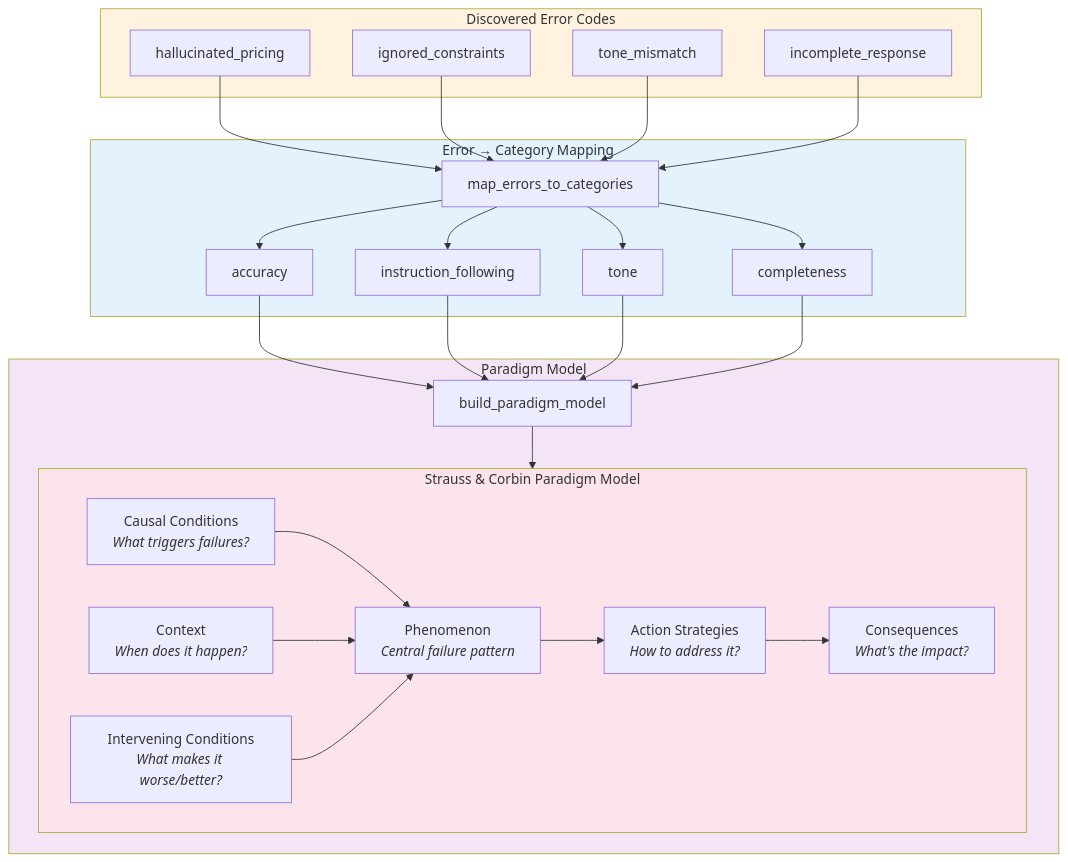
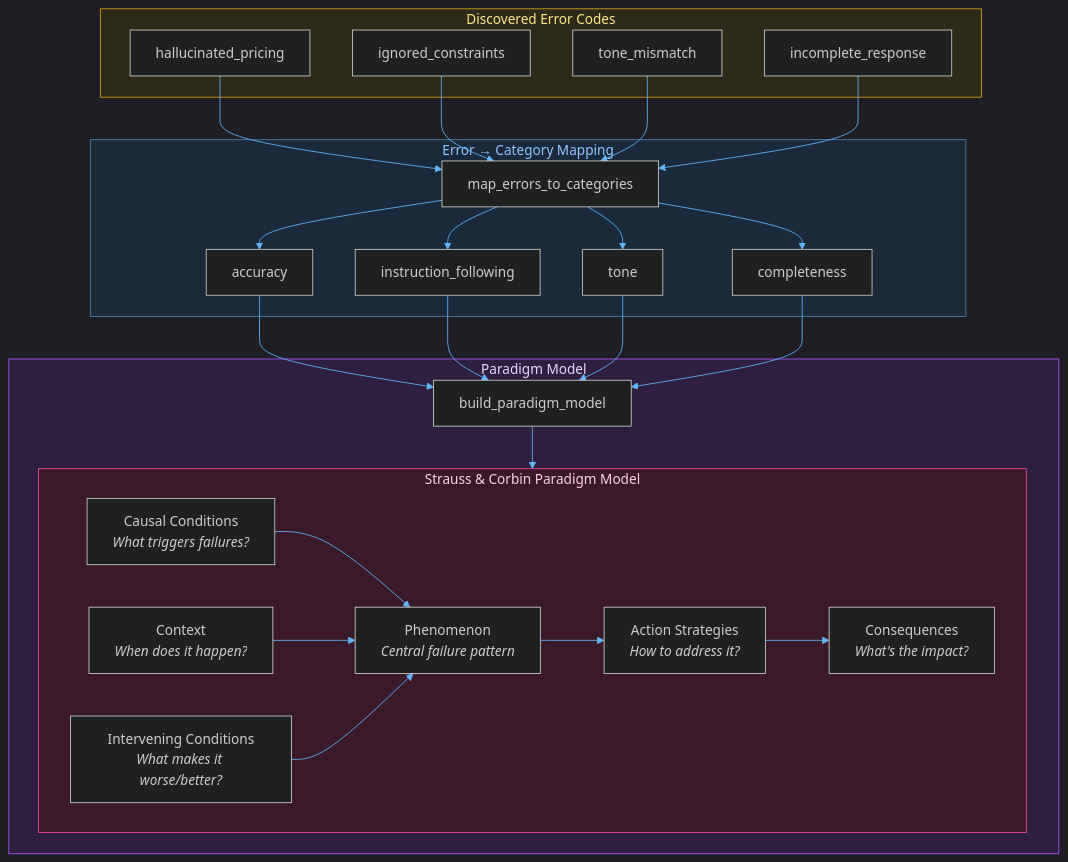
Before and after one commit to aws-samples/sample-GEDD: the fifth of 8 diagrams in README.md, drawn with Mermaid. The commit also changed other lines of this file, not shown here.

First line of the commit message:
docs: fix Mermaid diagrams for dark background rendering

````diff
--- a/README.md
+++ b/README.md
@@ -142,48 +147,49 @@
 ```mermaid
+%%{init: {'theme': 'dark', 'themeVariables': {'primaryColor': '#1e3a5f', 'primaryTextColor': '#e2e8f0', 'primaryBorderColor': '#4a7fa5', 'lineColor': '#64b5f6', 'secondaryColor': '#1a3a2a', 'tertiaryColor': '#2d1f3d'}}}%%
 flowchart TD
     subgraph Input["Discovered Error Codes"]
         E1[hallucinated_pricing]
         E2[ignored_constraints]
         E3[tone_mismatch]
         E4[incomplete_response]
     end
 
     subgraph Mapping["Error → Category Mapping"]
         E1 --> M[map_errors_to_categories]
         E2 --> M
         E3 --> M
         E4 --> M
         M --> D1[accuracy]
         M --> D2[instruction_following]
         M --> D3[tone]
         M --> D4[completeness]
     end
 
     subgraph Paradigm["Paradigm Model"]
         D1 --> PM[build_paradigm_model]
         D2 --> PM
         D3 --> PM
         D4 --> PM
         PM --> MODEL
     end
 
     subgraph MODEL["Strauss & Corbin Paradigm Model"]
         CC[Causal Conditions<br/><i>What triggers failures?</i>]
         PH[Phenomenon<br/><i>Central failure pattern</i>]
         CTX[Context<br/><i>When does it happen?</i>]
         IC[Intervening Conditions<br/><i>What makes it worse/better?</i>]
         AS2[Action Strategies<br/><i>How to address it?</i>]
         CON[Consequences<br/><i>What's the impact?</i>]
 
         CC --> PH
         CTX --> PH
         IC --> PH
         PH --> AS2
         AS2 --> CON
     end
 
-    style Input fill:#fff3e0
-    style Mapping fill:#e3f2fd
-    style Paradigm fill:#f3e5f5
-    style MODEL fill:#fce4ec
+    style Input fill:#2d2a1a,stroke:#d4a017,color:#fde68a
+    style Mapping fill:#1a2a3a,stroke:#4a7fa5,color:#93c5fd
+    style Paradigm fill:#2d1f3d,stroke:#a855f7,color:#e9d5ff
+    style MODEL fill:#3a1a2a,stroke:#ec4899,color:#fbcfe8
 ```
````
